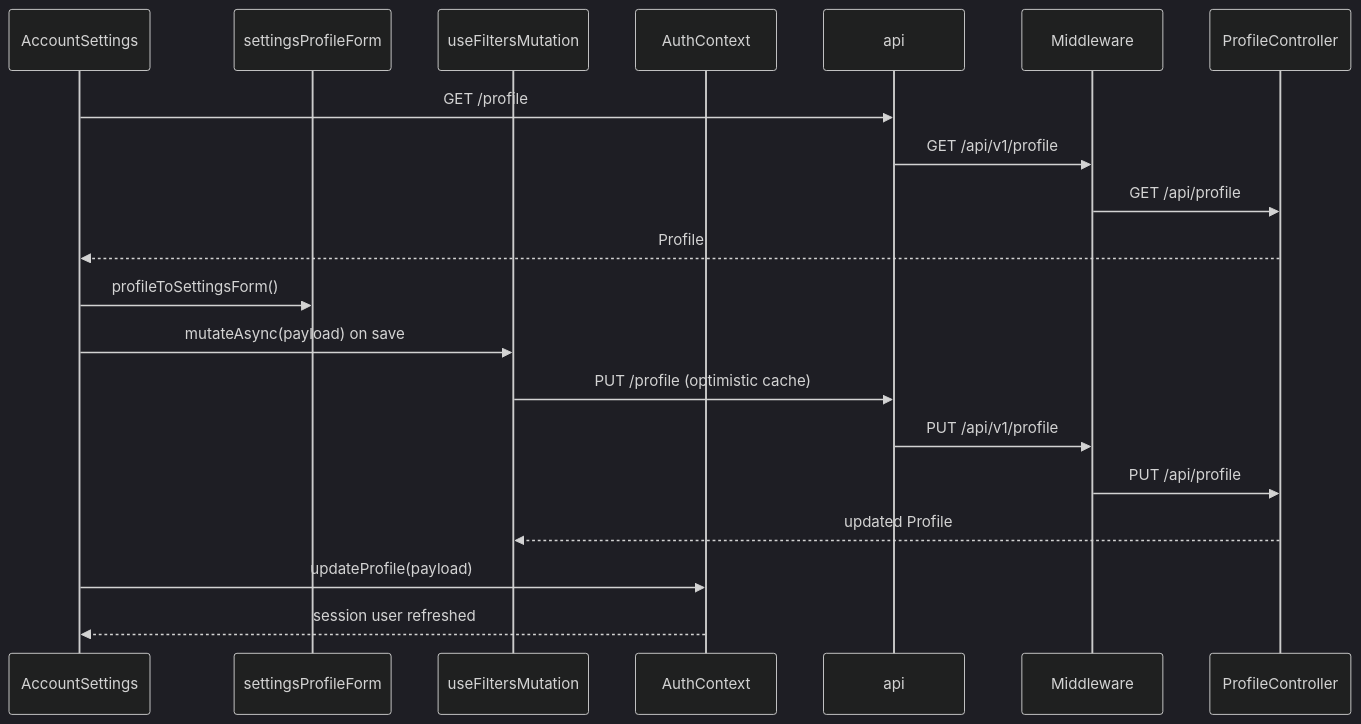
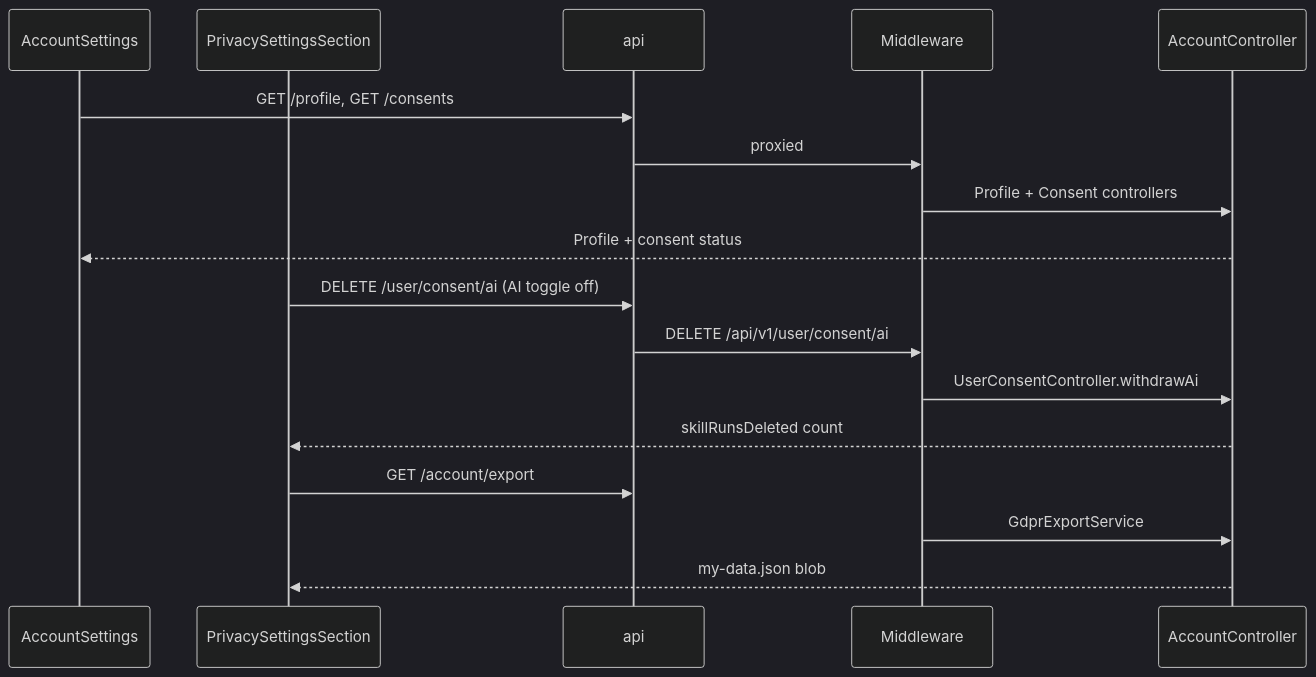
Before and after one commit to yugandharreddybana/NewCareers: the diagram in pagesflow/account-settings/PAGE.md, drawn with Mermaid (dark theme). The commit also changed other lines of this file and 12 other files, not shown here.

````diff
--- a/pagesflow/account-settings/PAGE.md
+++ b/pagesflow/account-settings/PAGE.md
@@ -93,24 +97,22 @@
 ```mermaid
 sequenceDiagram
     participant Page as AccountSettings
-    participant Form as settingsProfileForm
-    participant FM as useFiltersMutation
-    participant Auth as AuthContext
+    participant Privacy as PrivacySettingsSection
     participant Axios as api
     participant MW as Middleware
-    participant Java as ProfileController
+    participant Java as AccountController
 
-    Page->>Axios: GET /profile
-    Axios->>MW: GET /api/v1/profile
-    MW->>Java: GET /api/profile
-    Java-->>Page: Profile
-    Page->>Form: profileToSettingsForm()
+    Page->>Axios: GET /profile, GET /consents
+    Axios->>MW: proxied
+    MW->>Java: Profile + Consent controllers
+    Java-->>Page: Profile + consent status
 
-    Page->>FM: mutateAsync(payload) on save
-    FM->>Axios: PUT /profile (optimistic cache)
-    Axios->>MW: PUT /api/v1/profile
-    MW->>Java: PUT /api/profile
-    Java-->>FM: updated Profile
-    Page->>Auth: updateProfile(payload)
-    Auth-->>Page: session user refreshed
+    Privacy->>Axios: DELETE /user/consent/ai (AI toggle off)
+    Axios->>MW: DELETE /api/v1/user/consent/ai
+    MW->>Java: UserConsentController.withdrawAi
+    Java-->>Privacy: skillRunsDeleted count
+
+    Privacy->>Axios: GET /account/export
+    MW->>Java: GdprExportService
+    Java-->>Privacy: my-data.json blob
 ```
````
